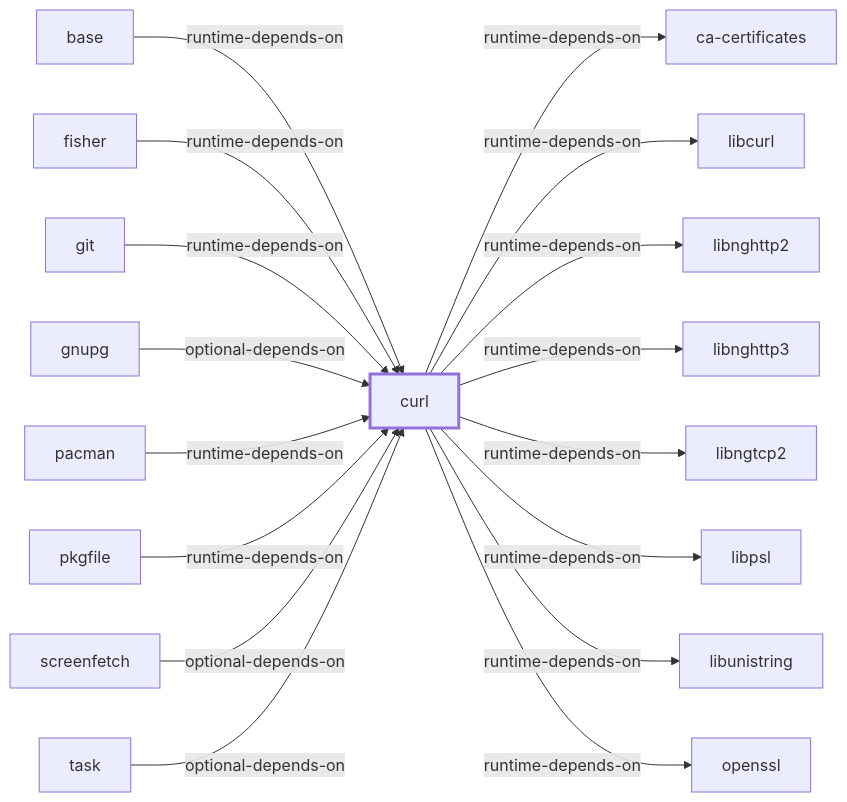
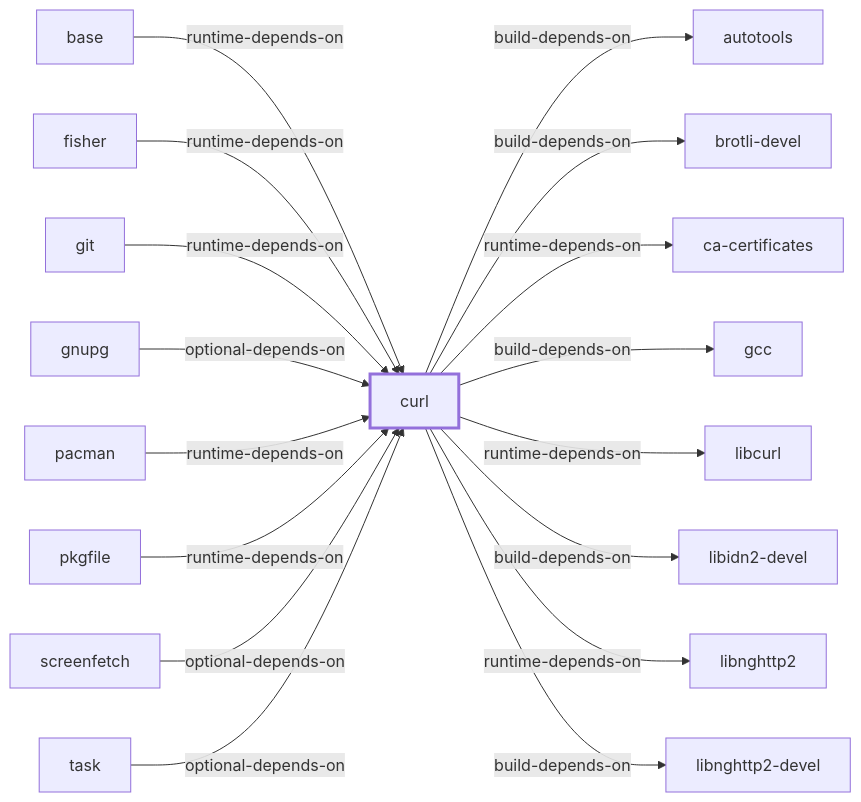
Before and after one commit to baileyrd/AKB: the diagram in docs/DEEP-INVENTORY-BLOCKER.md, drawn with Mermaid. The commit also changed other lines of this file and 24 other files, not shown here.

````diff
--- a/docs/DEEP-INVENTORY-BLOCKER.md
+++ b/docs/DEEP-INVENTORY-BLOCKER.md
@@ -156,37 +156,37 @@
 ```mermaid
 flowchart LR
     subject["curl"]
     u0["base"]
     u0 -->|runtime-depends-on| subject
     u1["fisher"]
     u1 -->|runtime-depends-on| subject
     u2["git"]
     u2 -->|runtime-depends-on| subject
     u3["gnupg"]
     u3 -->|optional-depends-on| subject
     u4["pacman"]
     u4 -->|runtime-depends-on| subject
     u5["pkgfile"]
     u5 -->|runtime-depends-on| subject
     u6["screenfetch"]
     u6 -->|optional-depends-on| subject
     u7["task"]
     u7 -->|optional-depends-on| subject
-    d0["ca-certificates"]
-    subject -->|runtime-depends-on| d0
-    d1["libcurl"]
-    subject -->|runtime-depends-on| d1
-    d2["libnghttp2"]
+    d0["autotools"]
+    subject -->|build-depends-on| d0
+    d1["brotli-devel"]
+    subject -->|build-depends-on| d1
+    d2["ca-certificates"]
     subject -->|runtime-depends-on| d2
-    d3["libnghttp3"]
-    subject -->|runtime-depends-on| d3
-    d4["libngtcp2"]
+    d3["gcc"]
+    subject -->|build-depends-on| d3
+    d4["libcurl"]
     subject -->|runtime-depends-on| d4
-    d5["libpsl"]
-    subject -->|runtime-depends-on| d5
-    d6["libunistring"]
+    d5["libidn2-devel"]
+    subject -->|build-depends-on| d5
+    d6["libnghttp2"]
     subject -->|runtime-depends-on| d6
-    d7["openssl"]
-    subject -->|runtime-depends-on| d7
+    d7["libnghttp2-devel"]
+    subject -->|build-depends-on| d7
     style subject stroke-width:3px
 ```
````
